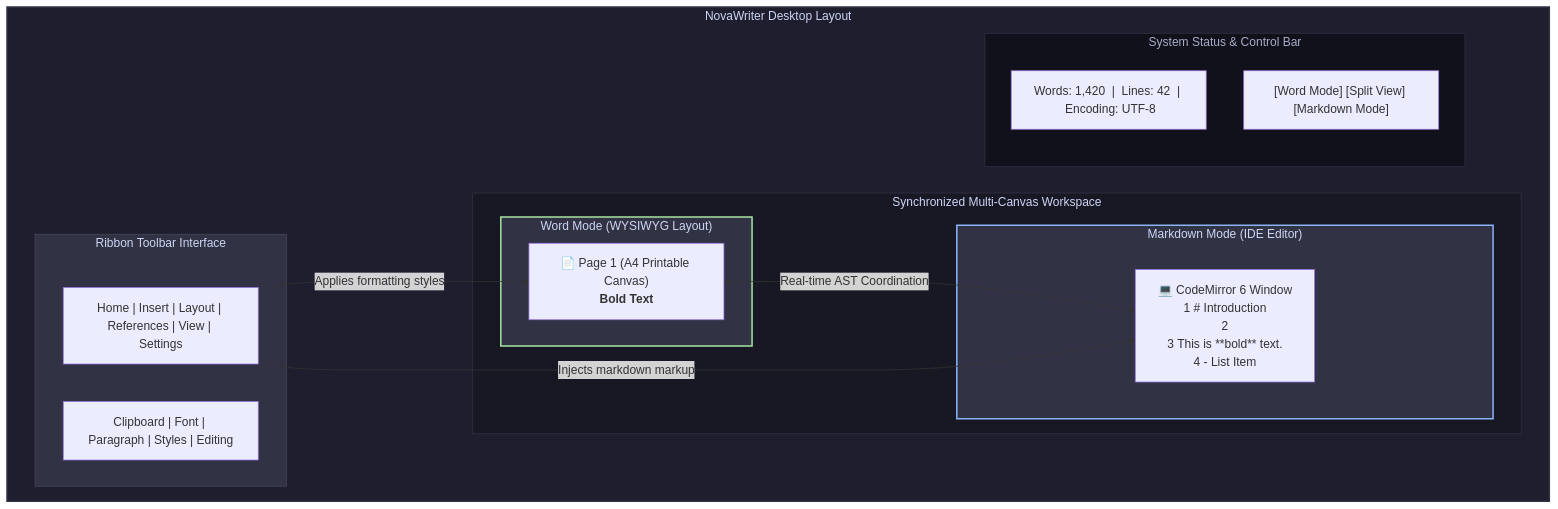
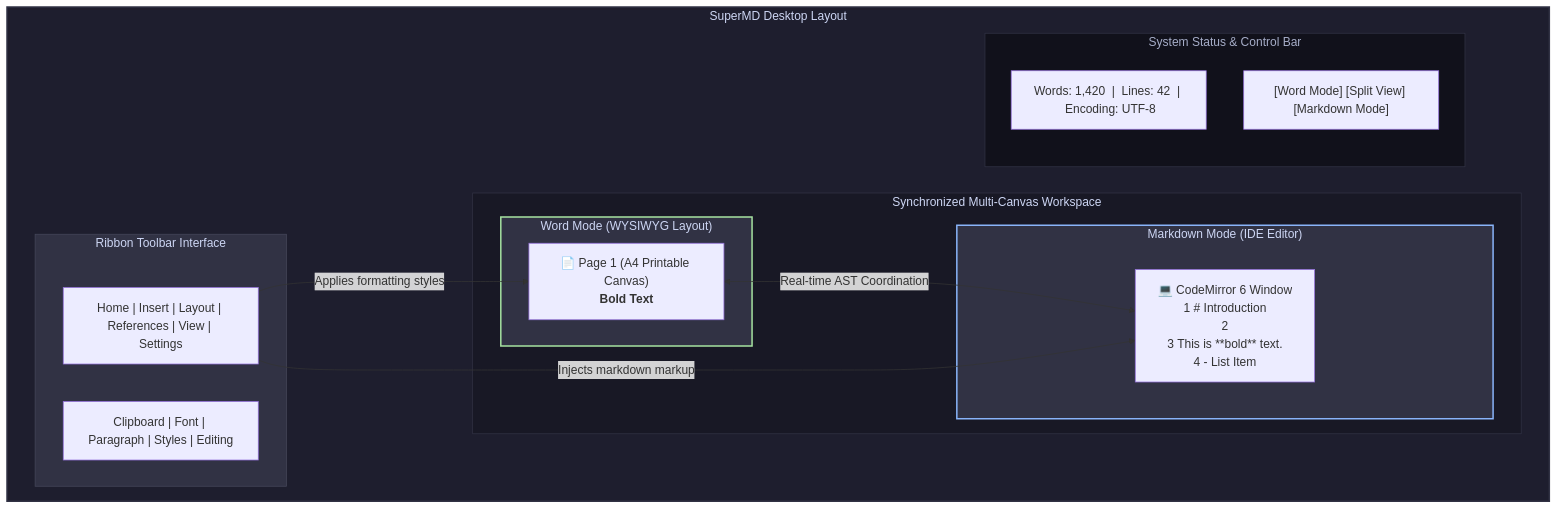
Before and after one commit to alammahbub/mdprocessor: the first of 3 diagrams in gemini.md, drawn with Mermaid. The commit also changed other lines of this file and 18 other files, not shown here.

Commit message:
feat: rename to SuperMD, implement PDF/DOCX high-fidelity exports, shortcut manager settings, stale view unmount guards, and atom node spec schema corrections

````diff
--- a/gemini.md
+++ b/gemini.md
@@ -18,37 +18,37 @@
 ```mermaid
 graph TD
-    subgraph UI ["NovaWriter Desktop Layout"]
+    subgraph UI ["SuperMD Desktop Layout"]
         style UI fill:#1e1e2e,stroke:#313244,stroke-width:2px,color:#cdd6f4
         
         subgraph Ribbon ["Ribbon Toolbar Interface"]
             style Ribbon fill:#313244,stroke:#45475a,color:#cdd6f4
             Tabs["Home | Insert | Layout | References | View | Settings"]
             Groups["Clipboard | Font | Paragraph | Styles | Editing"]
         end
         
         subgraph CanvasContainer ["Synchronized Multi-Canvas Workspace"]
             style CanvasContainer fill:#181825,stroke:#313244,color:#cdd6f4
             
             subgraph WordMode ["Word Mode (WYSIWYG Layout)"]
                 style WordMode fill:#313244,stroke:#a6e3a1,stroke-width:2px,color:#cdd6f4
                 Page["📄 Page 1 (A4 Printable Canvas)<br><b>Bold Text</b>"]
             end
             
             subgraph MDMode ["Markdown Mode (IDE Editor)"]
                 style MDMode fill:#313244,stroke:#89b4fa,stroke-width:2px,color:#cdd6f4
                 Editor["💻 CodeMirror 6 Window<br>1  # Introduction<br>2<br>3  This is **bold** text.<br>4  - List Item"]
             end
         end
         
         subgraph StatusBar ["System Status & Control Bar"]
             style StatusBar fill:#11111b,stroke:#313244,color:#a6adc8
             Stats["Words: 1,420  |  Lines: 42  |  Encoding: UTF-8"]
             Toggles["[Word Mode] [Split View] [Markdown Mode]"]
         end
     end
     
     %% Interactive syncing
     Page <-->|Real-time AST Coordination| Editor
     Tabs -->|Applies formatting styles| Page
     Tabs -->|Injects markdown markup| Editor
 ```
````
